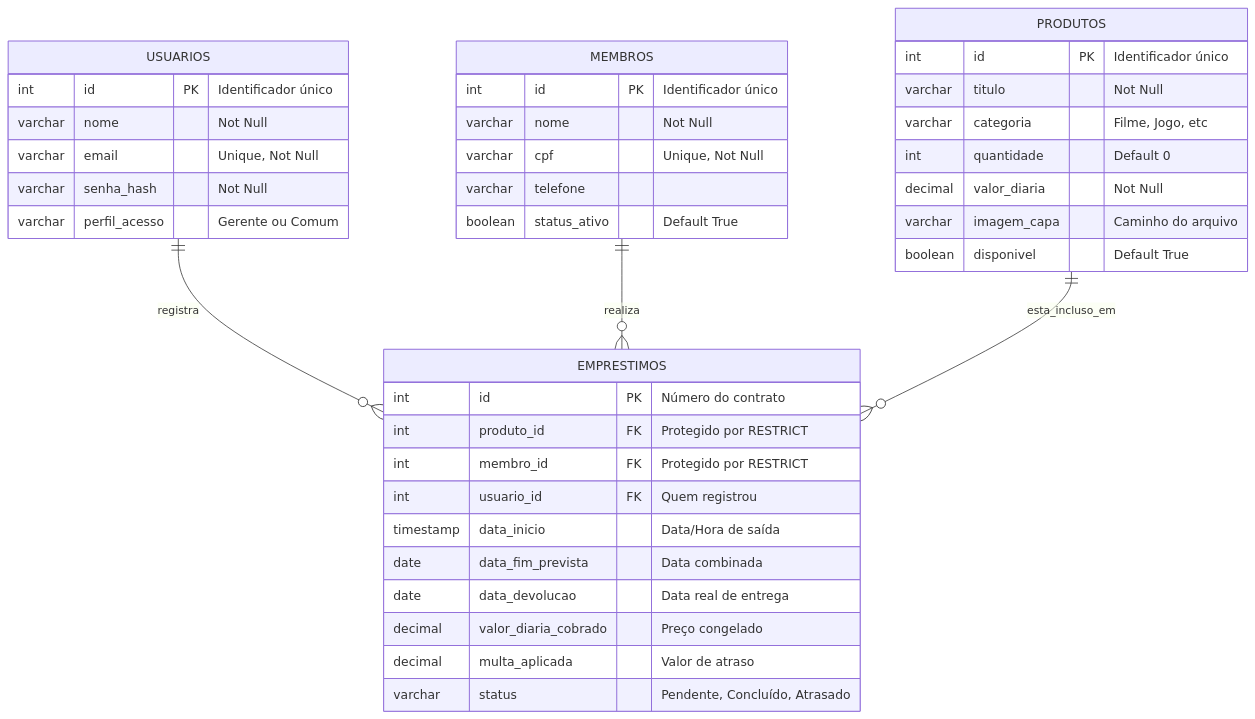
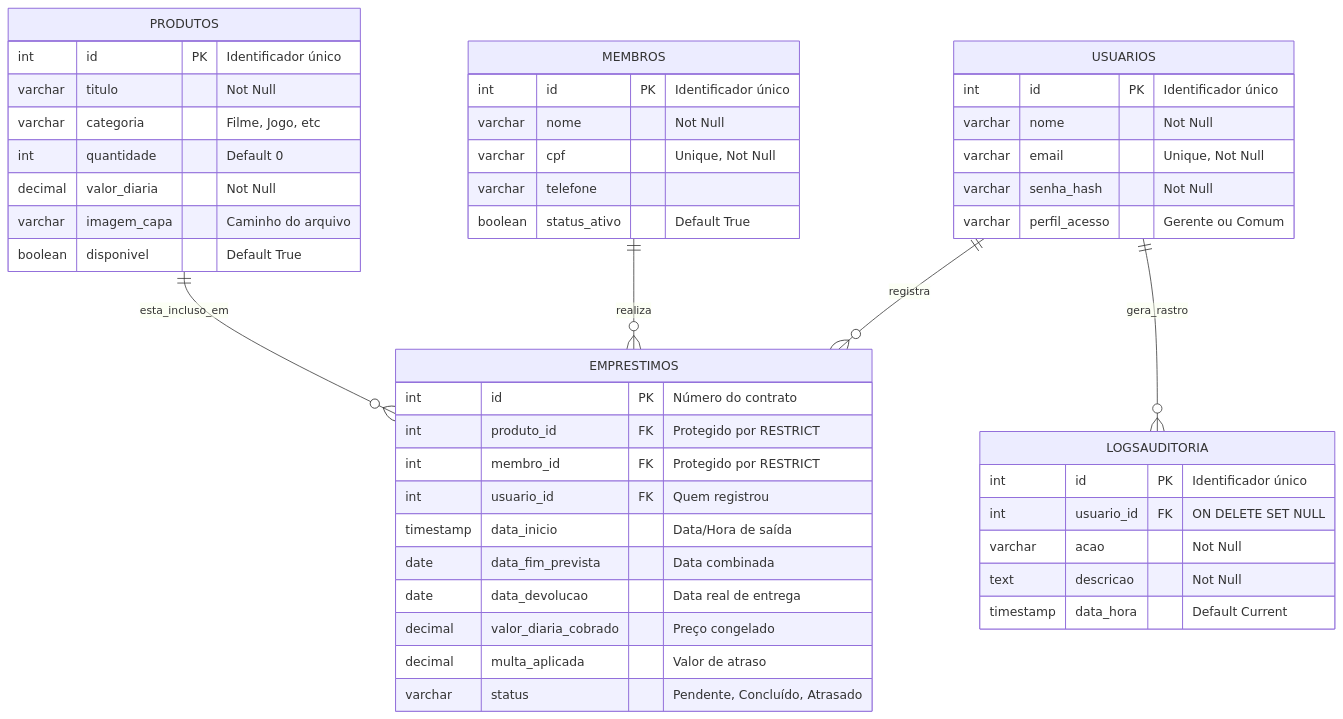
One commit to inumaki-david/Geek-Hub changed the first of 4 diagrams in README.md. Above: the diagram before and after it, drawn with Mermaid. The commit also changed other lines of this file, not shown here.

````diff
--- a/README.md
+++ b/README.md
@@ -193,51 +297,61 @@
 ```mermaid
 erDiagram
     %% Tabela de Usuários (Funcionários/Gerentes)
     USUARIOS {
         int id PK "Identificador único"
         varchar nome "Not Null"
         varchar email "Unique, Not Null"
         varchar senha_hash "Not Null"
         varchar perfil_acesso "Gerente ou Comum"
     }
 
     %% Tabela de Membros (Clientes)
     MEMBROS {
         int id PK "Identificador único"
         varchar nome "Not Null"
         varchar cpf "Unique, Not Null"
         varchar telefone ""
         boolean status_ativo "Default True"
     }
 
     %% Tabela de Produtos (Acervo)
     PRODUTOS {
         int id PK "Identificador único"
         varchar titulo "Not Null" 
         varchar categoria "Filme, Jogo, etc"
         int quantidade "Default 0"
         decimal valor_diaria "Not Null"
         varchar imagem_capa "Caminho do arquivo"
         boolean disponivel "Default True"
     }
 
     %% Tabela de Empréstimos (Transações)
     EMPRESTIMOS {
         int id PK "Número do contrato"
         int produto_id FK "Protegido por RESTRICT"
         int membro_id FK "Protegido por RESTRICT"
         int usuario_id FK "Quem registrou"
         timestamp data_inicio "Data/Hora de saída"
         date data_fim_prevista "Data combinada"
         date data_devolucao "Data real de entrega"
         decimal valor_diaria_cobrado "Preço congelado"
         decimal multa_aplicada "Valor de atraso"
         varchar status "Pendente, Concluído, Atrasado"
     }
 
+    %% Tabela de Logs (Auditoria)
+    LOGSAUDITORIA {
+        int id PK "Identificador único"
+        int usuario_id FK "ON DELETE SET NULL"
+        varchar acao "Not Null"
+        text descricao "Not Null"
+        timestamp data_hora "Default Current"
+    }
+
     %% Relações (Cardinalidade)
     USUARIOS ||--o{ EMPRESTIMOS : "registra"
     MEMBROS ||--o{ EMPRESTIMOS : "realiza"
     PRODUTOS ||--o{ EMPRESTIMOS : "esta_incluso_em"
+    USUARIOS ||--o{ LOGSAUDITORIA : "gera_rastro"
 
 ```
````
